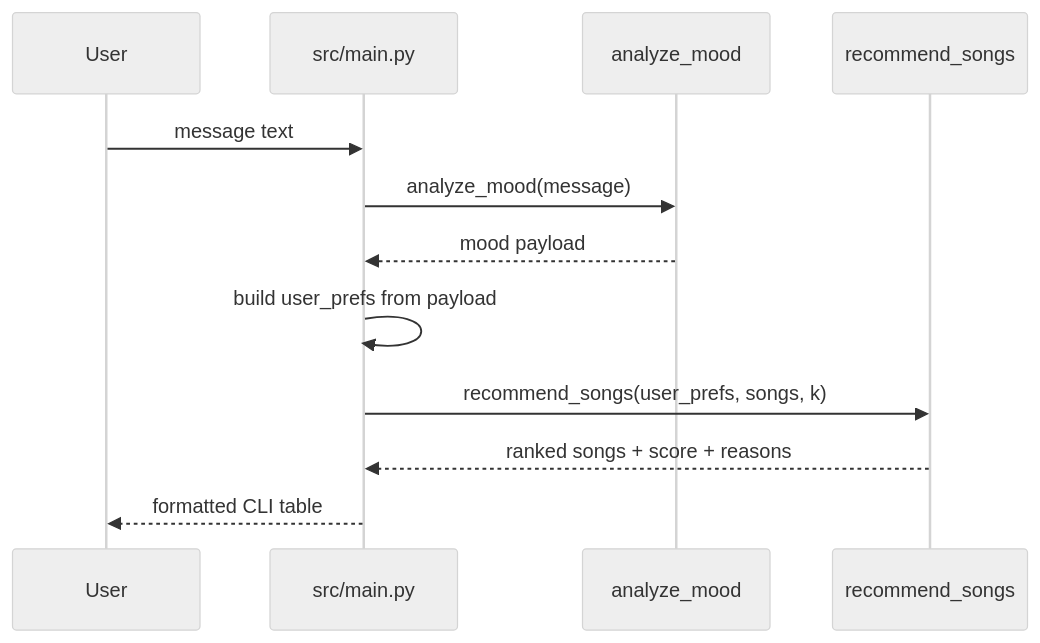
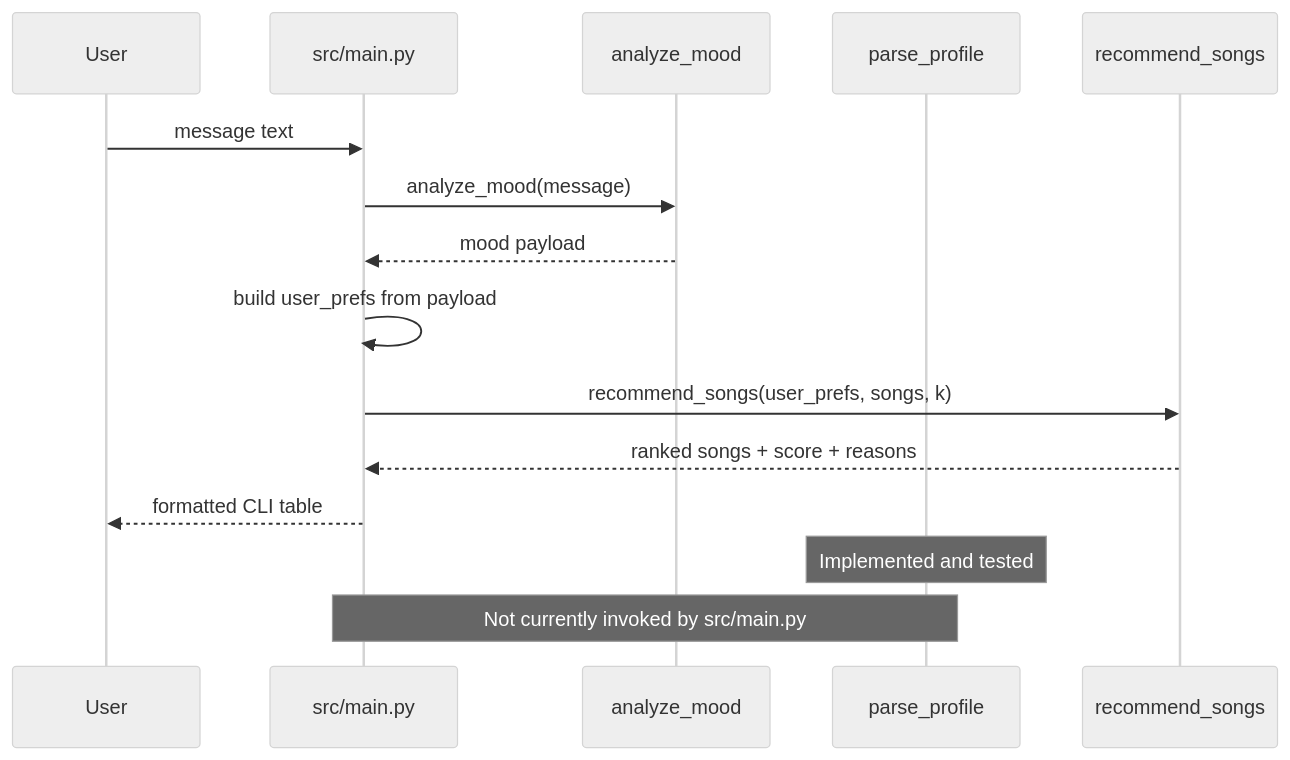
One commit to Davii-Ng/final-applied-AI-project changed the third of 3 diagrams in docs/implementation_guide.md. Above: the diagram before and after it, drawn with Mermaid (neutral theme). The commit also changed other lines of this file and 2 other files, not shown here.

Commit message:
Docs: Update Implementation and README for Agent2

````diff
--- a/docs/implementation_guide.md
+++ b/docs/implementation_guide.md
@@ -115,15 +193,19 @@
 ```mermaid
 sequenceDiagram
   participant User
   participant Main as src/main.py
   participant Agent1 as analyze_mood
+  participant Agent2 as parse_profile
   participant Rec as recommend_songs
 
   User->>Main: message text
   Main->>Agent1: analyze_mood(message)
   Agent1-->>Main: mood payload
   Main->>Main: build user_prefs from payload
   Main->>Rec: recommend_songs(user_prefs, songs, k)
   Rec-->>Main: ranked songs + score + reasons
   Main-->>User: formatted CLI table
+
+  Note over Agent2: Implemented and tested
+  Note over Main,Agent2: Not currently invoked by src/main.py
 ```
````
